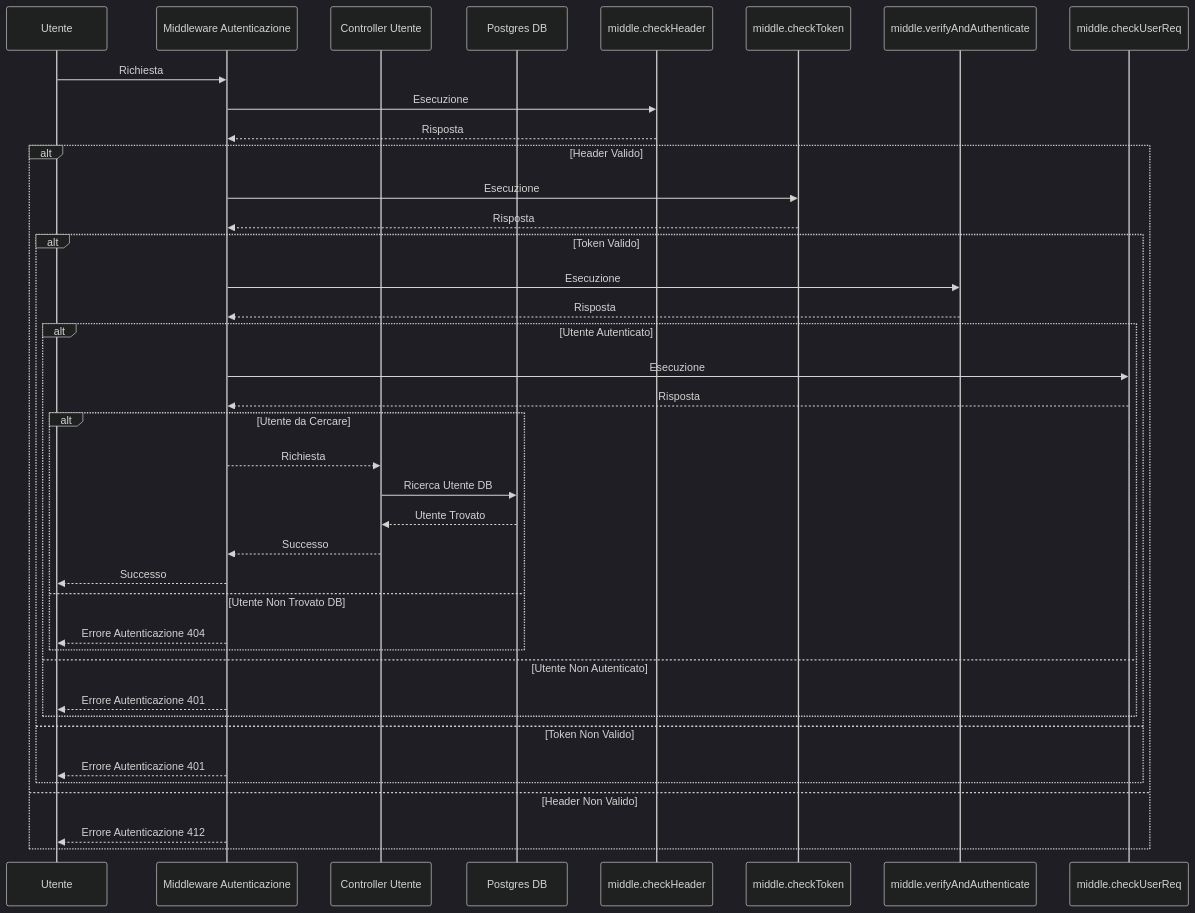
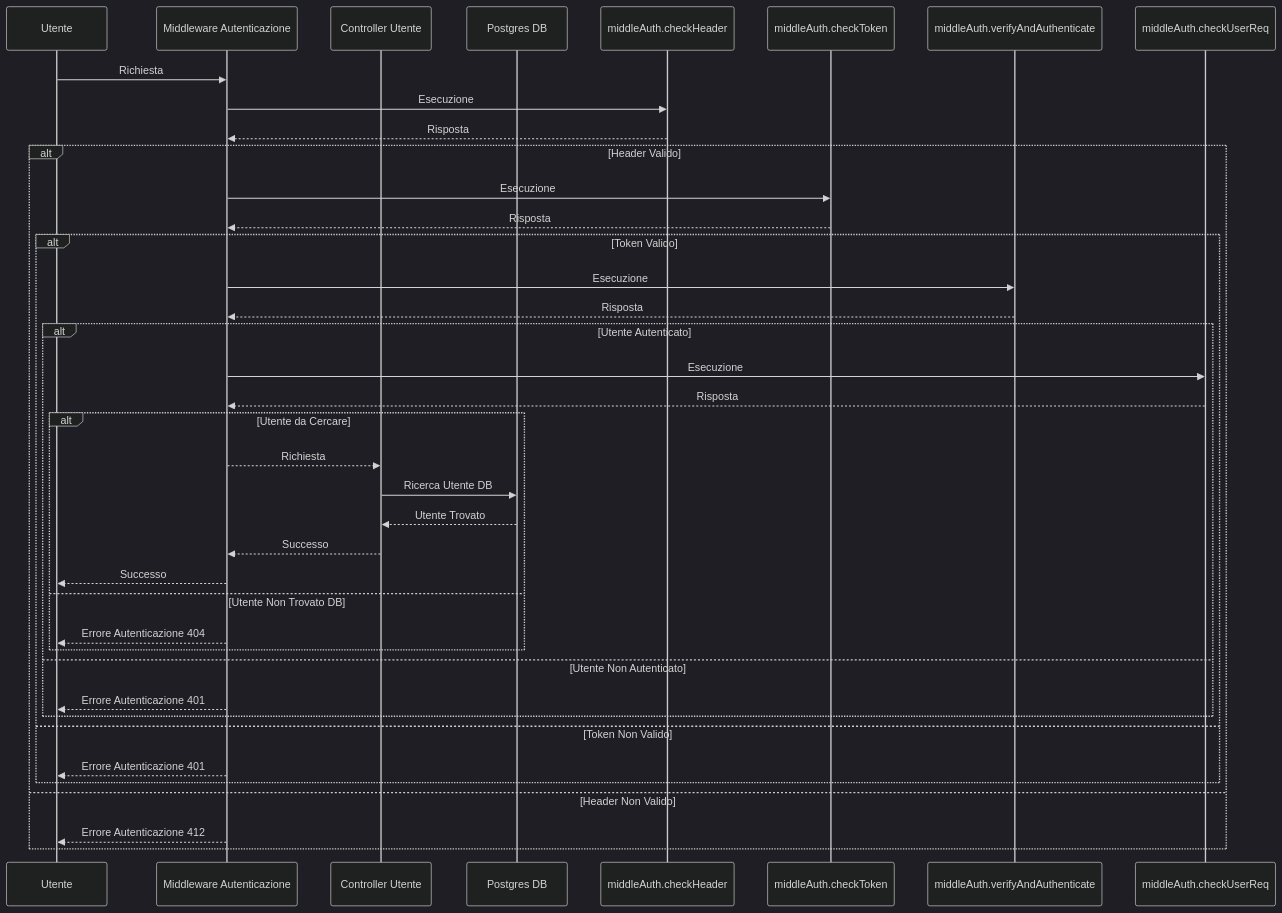
Before and after one commit to alexpaulofficial/progettoProgAvanzata: the first of 2 diagrams in README.md, drawn with Mermaid (dark theme). The commit also changed other lines of this file, not shown here.

````diff
--- a/README.md
+++ b/README.md
@@ -58,41 +60,41 @@
 ```mermaid
 sequenceDiagram
     participant Utente
-    participant middle as Middleware Autenticazione
+    participant middleAuth as Middleware Autenticazione
     participant controllerUser as Controller Utente
     participant dbFindOne as Postgres DB
 
-    Utente ->> middle : Richiesta
-    middle ->> middle.checkHeader : Esecuzione
-    middle.checkHeader -->> middle : Risposta
+    Utente ->> middleAuth : Richiesta
+    middleAuth ->> middleAuth.checkHeader : Esecuzione
+    middleAuth.checkHeader -->> middleAuth : Risposta
 
     alt Header Valido
-        middle ->> middle.checkToken : Esecuzione
-        middle.checkToken -->> middle : Risposta
+        middleAuth ->> middleAuth.checkToken : Esecuzione
+        middleAuth.checkToken -->> middleAuth : Risposta
 
         alt Token Valido
-            middle ->> middle.verifyAndAuthenticate : Esecuzione
-            middle.verifyAndAuthenticate -->> middle : Risposta
+            middleAuth ->> middleAuth.verifyAndAuthenticate : Esecuzione
+            middleAuth.verifyAndAuthenticate -->> middleAuth : Risposta
 
             alt Utente Autenticato
-                middle ->> middle.checkUserReq : Esecuzione
-                middle.checkUserReq -->> middle : Risposta
+                middleAuth ->> middleAuth.checkUserReq : Esecuzione
+                middleAuth.checkUserReq -->> middleAuth : Risposta
                 alt Utente da Cercare
-                    middle -->> controllerUser : Richiesta
+                    middleAuth -->> controllerUser : Richiesta
                     controllerUser ->> dbFindOne : Ricerca Utente DB
                     dbFindOne -->> controllerUser : Utente Trovato
-                    controllerUser -->> middle : Successo
-                    middle -->> Utente : Successo
+                    controllerUser -->> middleAuth : Successo
+                    middleAuth -->> Utente : Successo
                  else Utente Non Trovato DB
-                      middle -->> Utente : Errore Autenticazione 404  
+                      middleAuth -->> Utente : Errore Autenticazione 404  
                     end
             else Utente Non Autenticato
-                middle -->> Utente : Errore Autenticazione 401
+                middleAuth -->> Utente : Errore Autenticazione 401
             end
         else Token Non Valido
-            middle -->> Utente : Errore Autenticazione 401
+            middleAuth -->> Utente : Errore Autenticazione 401
         end
     else Header Non Valido
-        middle -->> Utente : Errore Autenticazione 412
+        middleAuth -->> Utente : Errore Autenticazione 412
     end
 ```
````
